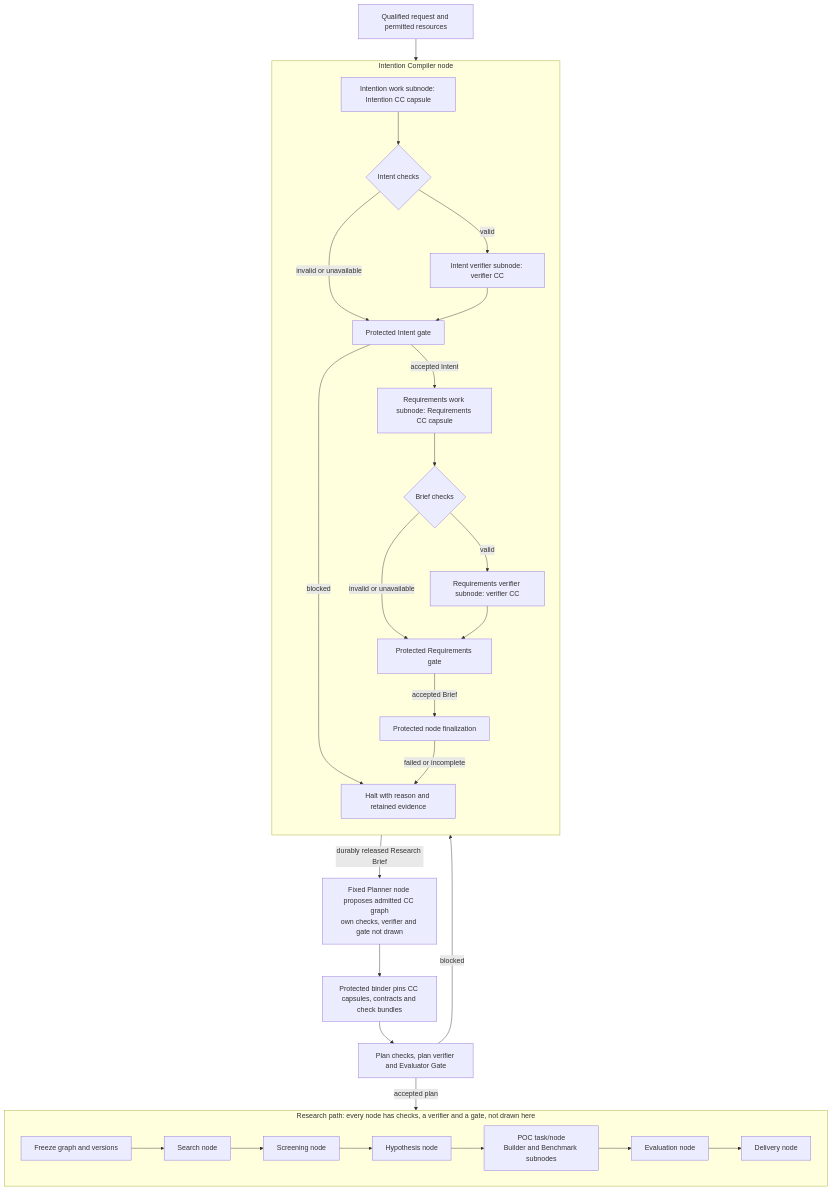
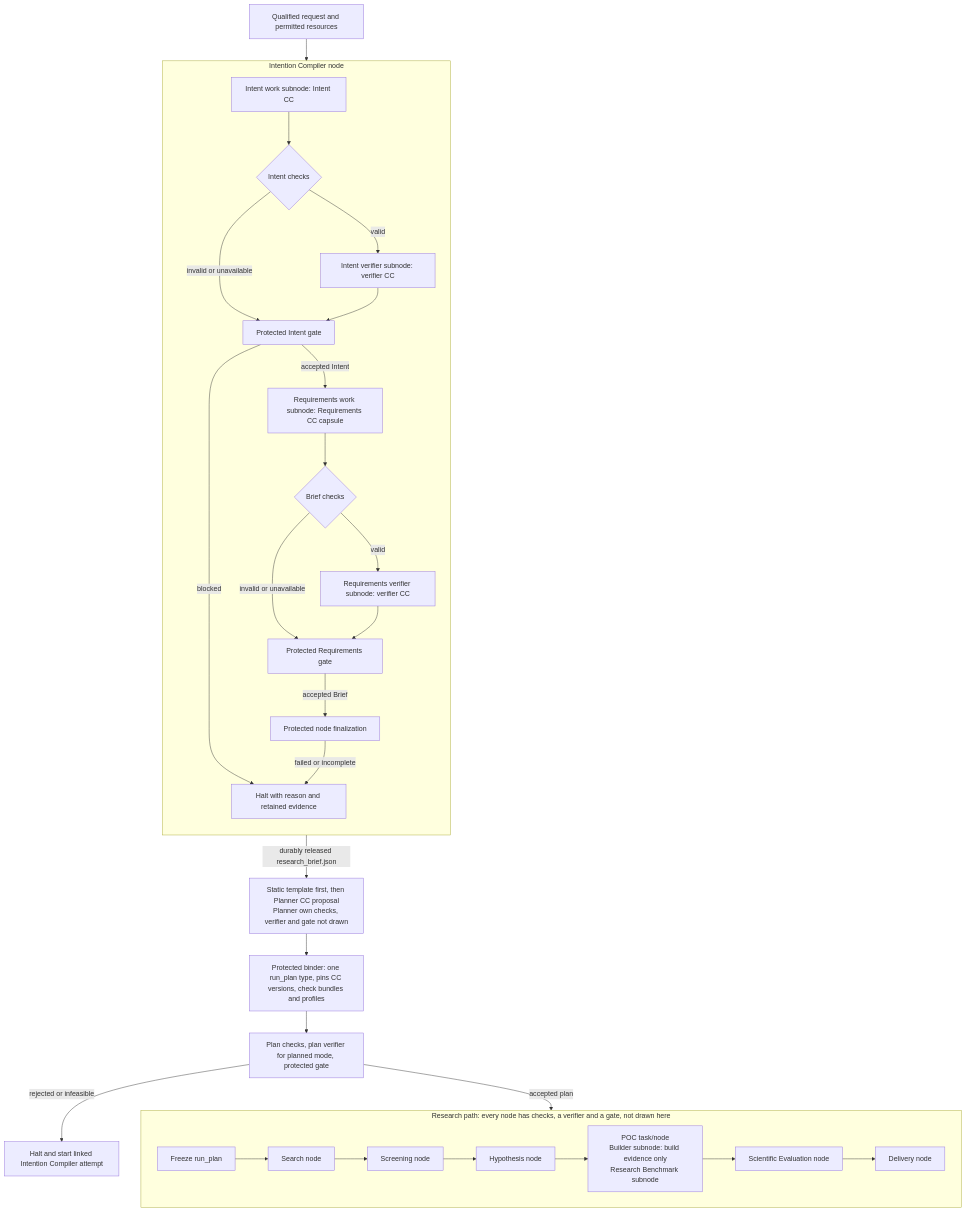
The first of 3 diagrams in docs/architecture/design-package/m1-design.md (Stellven/jiuwenswarm), drawn with Mermaid before and after one commit. The commit also changed other lines of this file and 86 other files, not shown here.

Commit message:
docs: fix stale diagrams and matching prose; re-render all views

````diff
--- a/docs/architecture/design-package/m1-design.md
+++ b/docs/architecture/design-package/m1-design.md
@@ -9,33 +9,33 @@
 ```mermaid
 flowchart TB
     I[Qualified request and permitted resources] --> C
     subgraph Compiler[Intention Compiler node]
         direction TB
-        C[Intention work subnode: Intention CC capsule] --> D1{Intent checks}
+        C[Intent work subnode: Intent CC] --> D1{Intent checks}
         D1 -->|valid| V1[Intent verifier subnode: verifier CC]
         D1 -->|invalid or unavailable| G1[Protected Intent gate]
         V1 --> G1
         G1 -->|accepted Intent| R[Requirements work subnode: Requirements CC capsule]
         G1 -->|blocked| H[Halt with reason and retained evidence]
         R --> D2{Brief checks}
         D2 -->|valid| V2[Requirements verifier subnode: verifier CC]
         D2 -->|invalid or unavailable| G2[Protected Requirements gate]
         V2 --> G2
         G2 -->|accepted Brief| NG[Protected node finalization]
         NG -->|failed or incomplete| H
     end
-    NG -->|durably released Research Brief| P[Fixed Planner node proposes admitted CC graph<br/>own checks, verifier and gate not drawn]
-    P --> Bind[Protected binder pins CC capsules, contracts and check bundles]
-    Bind --> PG[Plan checks, plan verifier and Evaluator Gate]
-    PG -->|accepted plan| F[Freeze graph and versions]
-    PG -->|blocked| H
+    NG -->|durably released research_brief.json| P[Static template first, then Planner CC proposal<br/>Planner own checks, verifier and gate not drawn]
+    P --> Bind[Protected binder: one run_plan type, pins CC versions, check bundles and profiles]
+    Bind --> PG[Plan checks, plan verifier for planned mode, protected gate]
+    PG -->|accepted plan| F[Freeze run_plan]
+    PG -->|rejected or infeasible| PH[Halt and start linked Intention Compiler attempt]
     subgraph Example[Research path: every node has checks, a verifier and a gate, not drawn here]
       direction LR
       F --> S[Search node]
       S --> O[Screening node]
       O --> B[Hypothesis node]
-      B --> K[POC task/node<br/>Builder and Benchmark subnodes]
-      K --> E[Evaluation node]
+      B --> K[POC task/node<br/>Builder subnode: build evidence only<br/>Research Benchmark subnode]
+      K --> E[Scientific Evaluation node]
       E --> T[Delivery node]
     end
 ```
````
